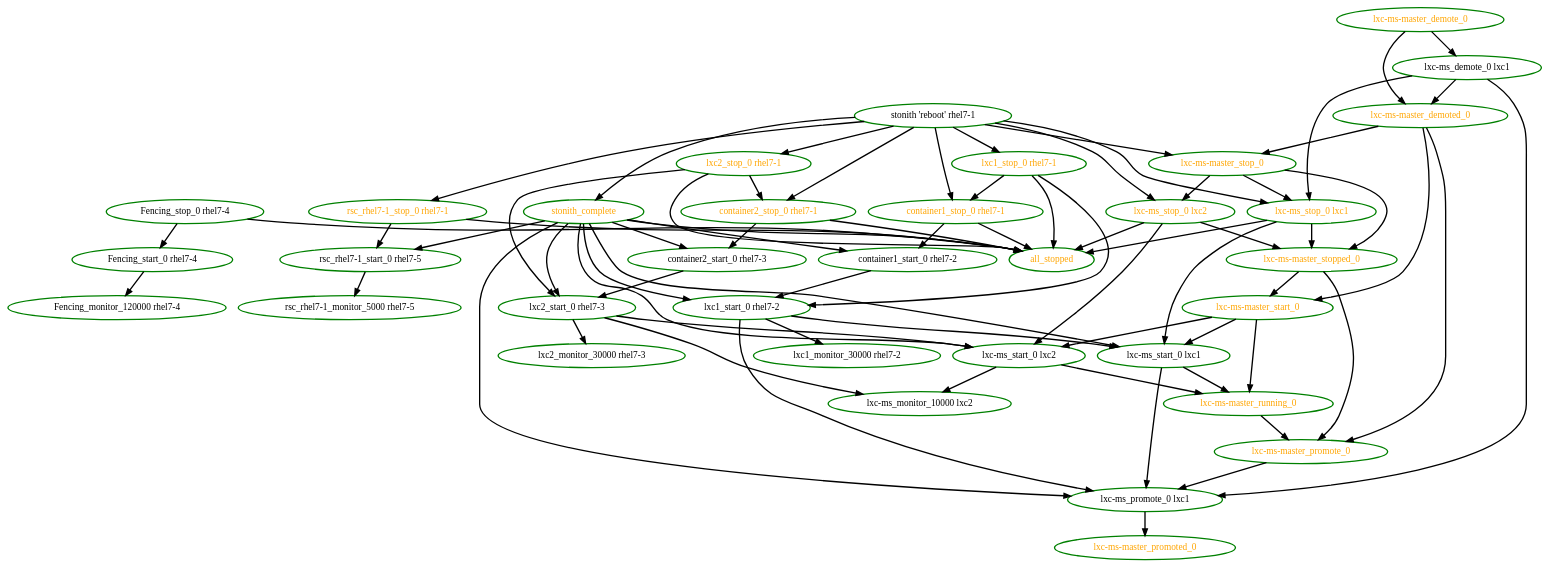
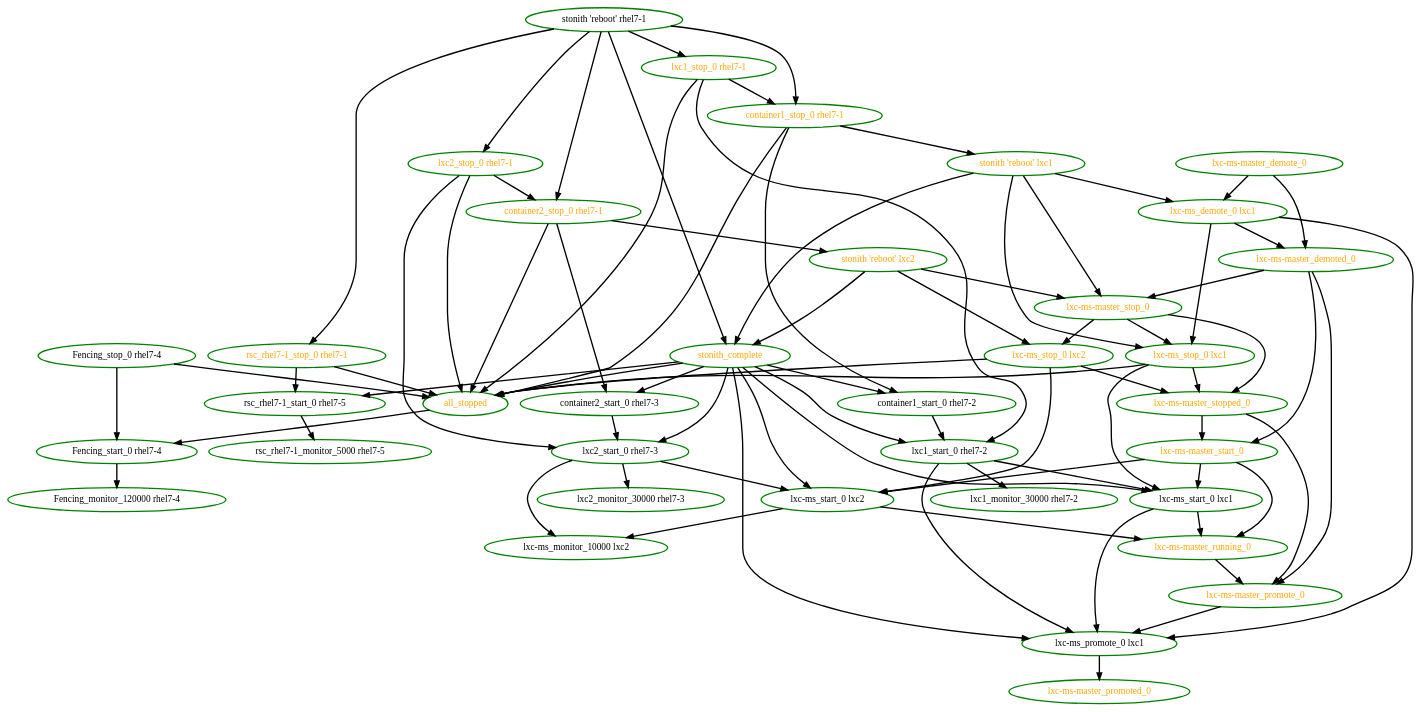
One commit to ClusterLabs/pacemaker changed the diagram in pengine/test10/guest-node-host-dies.dot. Above: the diagram before and after it, drawn with Graphviz. The commit also changed 23 other files, not shown here.

```diff
--- a/pengine/test10/guest-node-host-dies.dot
+++ b/pengine/test10/guest-node-host-dies.dot
@@ -1,107 +1,116 @@
 digraph "g" {
 "Fencing_monitor_120000 rhel7-4" [ style=bold color="green" fontcolor="black"]
 "Fencing_start_0 rhel7-4" -> "Fencing_monitor_120000 rhel7-4" [ style = bold]
 "Fencing_start_0 rhel7-4" [ style=bold color="green" fontcolor="black"]
 "Fencing_stop_0 rhel7-4" -> "Fencing_start_0 rhel7-4" [ style = bold]
 "Fencing_stop_0 rhel7-4" -> "all_stopped" [ style = bold]
 "Fencing_stop_0 rhel7-4" [ style=bold color="green" fontcolor="black"]
+"all_stopped" -> "Fencing_start_0 rhel7-4" [ style = bold]
 "all_stopped" [ style=bold color="green" fontcolor="orange"]
 "container1_start_0 rhel7-2" -> "lxc1_start_0 rhel7-2" [ style = bold]
 "container1_start_0 rhel7-2" [ style=bold color="green" fontcolor="black"]
 "container1_stop_0 rhel7-1" -> "all_stopped" [ style = bold]
 "container1_stop_0 rhel7-1" -> "container1_start_0 rhel7-2" [ style = bold]
+"container1_stop_0 rhel7-1" -> "stonith 'reboot' lxc1" [ style = bold]
 "container1_stop_0 rhel7-1" [ style=bold color="green" fontcolor="orange"]
 "container2_start_0 rhel7-3" -> "lxc2_start_0 rhel7-3" [ style = bold]
 "container2_start_0 rhel7-3" [ style=bold color="green" fontcolor="black"]
 "container2_stop_0 rhel7-1" -> "all_stopped" [ style = bold]
 "container2_stop_0 rhel7-1" -> "container2_start_0 rhel7-3" [ style = bold]
+"container2_stop_0 rhel7-1" -> "stonith 'reboot' lxc2" [ style = bold]
 "container2_stop_0 rhel7-1" [ style=bold color="green" fontcolor="orange"]
 "lxc-ms-master_demote_0" -> "lxc-ms-master_demoted_0" [ style = bold]
 "lxc-ms-master_demote_0" -> "lxc-ms_demote_0 lxc1" [ style = bold]
 "lxc-ms-master_demote_0" [ style=bold color="green" fontcolor="orange"]
 "lxc-ms-master_demoted_0" -> "lxc-ms-master_promote_0" [ style = bold]
 "lxc-ms-master_demoted_0" -> "lxc-ms-master_start_0" [ style = bold]
 "lxc-ms-master_demoted_0" -> "lxc-ms-master_stop_0" [ style = bold]
 "lxc-ms-master_demoted_0" [ style=bold color="green" fontcolor="orange"]
 "lxc-ms-master_promote_0" -> "lxc-ms_promote_0 lxc1" [ style = bold]
 "lxc-ms-master_promote_0" [ style=bold color="green" fontcolor="orange"]
 "lxc-ms-master_promoted_0" [ style=bold color="green" fontcolor="orange"]
 "lxc-ms-master_running_0" -> "lxc-ms-master_promote_0" [ style = bold]
 "lxc-ms-master_running_0" [ style=bold color="green" fontcolor="orange"]
 "lxc-ms-master_start_0" -> "lxc-ms-master_running_0" [ style = bold]
 "lxc-ms-master_start_0" -> "lxc-ms_start_0 lxc1" [ style = bold]
 "lxc-ms-master_start_0" -> "lxc-ms_start_0 lxc2" [ style = bold]
 "lxc-ms-master_start_0" [ style=bold color="green" fontcolor="orange"]
 "lxc-ms-master_stop_0" -> "lxc-ms-master_stopped_0" [ style = bold]
 "lxc-ms-master_stop_0" -> "lxc-ms_stop_0 lxc1" [ style = bold]
 "lxc-ms-master_stop_0" -> "lxc-ms_stop_0 lxc2" [ style = bold]
 "lxc-ms-master_stop_0" [ style=bold color="green" fontcolor="orange"]
 "lxc-ms-master_stopped_0" -> "lxc-ms-master_promote_0" [ style = bold]
 "lxc-ms-master_stopped_0" -> "lxc-ms-master_start_0" [ style = bold]
 "lxc-ms-master_stopped_0" [ style=bold color="green" fontcolor="orange"]
 "lxc-ms_demote_0 lxc1" -> "lxc-ms-master_demoted_0" [ style = bold]
 "lxc-ms_demote_0 lxc1" -> "lxc-ms_promote_0 lxc1" [ style = bold]
 "lxc-ms_demote_0 lxc1" -> "lxc-ms_stop_0 lxc1" [ style = bold]
-"lxc-ms_demote_0 lxc1" [ style=bold color="green" fontcolor="black"]
+"lxc-ms_demote_0 lxc1" [ style=bold color="green" fontcolor="orange"]
 "lxc-ms_monitor_10000 lxc2" [ style=bold color="green" fontcolor="black"]
 "lxc-ms_promote_0 lxc1" -> "lxc-ms-master_promoted_0" [ style = bold]
 "lxc-ms_promote_0 lxc1" [ style=bold color="green" fontcolor="black"]
 "lxc-ms_start_0 lxc1" -> "lxc-ms-master_running_0" [ style = bold]
 "lxc-ms_start_0 lxc1" -> "lxc-ms_promote_0 lxc1" [ style = bold]
 "lxc-ms_start_0 lxc1" [ style=bold color="green" fontcolor="black"]
 "lxc-ms_start_0 lxc2" -> "lxc-ms-master_running_0" [ style = bold]
 "lxc-ms_start_0 lxc2" -> "lxc-ms_monitor_10000 lxc2" [ style = bold]
 "lxc-ms_start_0 lxc2" [ style=bold color="green" fontcolor="black"]
 "lxc-ms_stop_0 lxc1" -> "all_stopped" [ style = bold]
 "lxc-ms_stop_0 lxc1" -> "lxc-ms-master_stopped_0" [ style = bold]
 "lxc-ms_stop_0 lxc1" -> "lxc-ms_start_0 lxc1" [ style = bold]
 "lxc-ms_stop_0 lxc1" [ style=bold color="green" fontcolor="orange"]
 "lxc-ms_stop_0 lxc2" -> "all_stopped" [ style = bold]
 "lxc-ms_stop_0 lxc2" -> "lxc-ms-master_stopped_0" [ style = bold]
 "lxc-ms_stop_0 lxc2" -> "lxc-ms_start_0 lxc2" [ style = bold]
 "lxc-ms_stop_0 lxc2" [ style=bold color="green" fontcolor="orange"]
 "lxc1_monitor_30000 rhel7-2" [ style=bold color="green" fontcolor="black"]
 "lxc1_start_0 rhel7-2" -> "lxc-ms_promote_0 lxc1" [ style = bold]
 "lxc1_start_0 rhel7-2" -> "lxc-ms_start_0 lxc1" [ style = bold]
 "lxc1_start_0 rhel7-2" -> "lxc1_monitor_30000 rhel7-2" [ style = bold]
 "lxc1_start_0 rhel7-2" [ style=bold color="green" fontcolor="black"]
 "lxc1_stop_0 rhel7-1" -> "all_stopped" [ style = bold]
 "lxc1_stop_0 rhel7-1" -> "container1_stop_0 rhel7-1" [ style = bold]
 "lxc1_stop_0 rhel7-1" -> "lxc1_start_0 rhel7-2" [ style = bold]
 "lxc1_stop_0 rhel7-1" [ style=bold color="green" fontcolor="orange"]
 "lxc2_monitor_30000 rhel7-3" [ style=bold color="green" fontcolor="black"]
 "lxc2_start_0 rhel7-3" -> "lxc-ms_monitor_10000 lxc2" [ style = bold]
 "lxc2_start_0 rhel7-3" -> "lxc-ms_start_0 lxc2" [ style = bold]
 "lxc2_start_0 rhel7-3" -> "lxc2_monitor_30000 rhel7-3" [ style = bold]
 "lxc2_start_0 rhel7-3" [ style=bold color="green" fontcolor="black"]
 "lxc2_stop_0 rhel7-1" -> "all_stopped" [ style = bold]
 "lxc2_stop_0 rhel7-1" -> "container2_stop_0 rhel7-1" [ style = bold]
 "lxc2_stop_0 rhel7-1" -> "lxc2_start_0 rhel7-3" [ style = bold]
 "lxc2_stop_0 rhel7-1" [ style=bold color="green" fontcolor="orange"]
 "rsc_rhel7-1_monitor_5000 rhel7-5" [ style=bold color="green" fontcolor="black"]
 "rsc_rhel7-1_start_0 rhel7-5" -> "rsc_rhel7-1_monitor_5000 rhel7-5" [ style = bold]
 "rsc_rhel7-1_start_0 rhel7-5" [ style=bold color="green" fontcolor="black"]
 "rsc_rhel7-1_stop_0 rhel7-1" -> "all_stopped" [ style = bold]
 "rsc_rhel7-1_stop_0 rhel7-1" -> "rsc_rhel7-1_start_0 rhel7-5" [ style = bold]
 "rsc_rhel7-1_stop_0 rhel7-1" [ style=bold color="green" fontcolor="orange"]
+"stonith 'reboot' lxc1" -> "lxc-ms-master_stop_0" [ style = bold]
+"stonith 'reboot' lxc1" -> "lxc-ms_demote_0 lxc1" [ style = bold]
+"stonith 'reboot' lxc1" -> "lxc-ms_stop_0 lxc1" [ style = bold]
+"stonith 'reboot' lxc1" -> "stonith_complete" [ style = bold]
+"stonith 'reboot' lxc1" [ style=bold color="green" fontcolor="orange"]
+"stonith 'reboot' lxc2" -> "lxc-ms-master_stop_0" [ style = bold]
+"stonith 'reboot' lxc2" -> "lxc-ms_stop_0 lxc2" [ style = bold]
+"stonith 'reboot' lxc2" -> "stonith_complete" [ style = bold]
+"stonith 'reboot' lxc2" [ style=bold color="green" fontcolor="orange"]
 "stonith 'reboot' rhel7-1" -> "container1_stop_0 rhel7-1" [ style = bold]
 "stonith 'reboot' rhel7-1" -> "container2_stop_0 rhel7-1" [ style = bold]
-"stonith 'reboot' rhel7-1" -> "lxc-ms-master_stop_0" [ style = bold]
-"stonith 'reboot' rhel7-1" -> "lxc-ms_stop_0 lxc1" [ style = bold]
-"stonith 'reboot' rhel7-1" -> "lxc-ms_stop_0 lxc2" [ style = bold]
 "stonith 'reboot' rhel7-1" -> "lxc1_stop_0 rhel7-1" [ style = bold]
 "stonith 'reboot' rhel7-1" -> "lxc2_stop_0 rhel7-1" [ style = bold]
 "stonith 'reboot' rhel7-1" -> "rsc_rhel7-1_stop_0 rhel7-1" [ style = bold]
 "stonith 'reboot' rhel7-1" -> "stonith_complete" [ style = bold]
 "stonith 'reboot' rhel7-1" [ style=bold color="green" fontcolor="black"]
 "stonith_complete" -> "all_stopped" [ style = bold]
 "stonith_complete" -> "container1_start_0 rhel7-2" [ style = bold]
 "stonith_complete" -> "container2_start_0 rhel7-3" [ style = bold]
 "stonith_complete" -> "lxc-ms_promote_0 lxc1" [ style = bold]
 "stonith_complete" -> "lxc-ms_start_0 lxc1" [ style = bold]
 "stonith_complete" -> "lxc-ms_start_0 lxc2" [ style = bold]
 "stonith_complete" -> "lxc1_start_0 rhel7-2" [ style = bold]
 "stonith_complete" -> "lxc2_start_0 rhel7-3" [ style = bold]
 "stonith_complete" -> "rsc_rhel7-1_start_0 rhel7-5" [ style = bold]
 "stonith_complete" [ style=bold color="green" fontcolor="orange"]
 }
```
